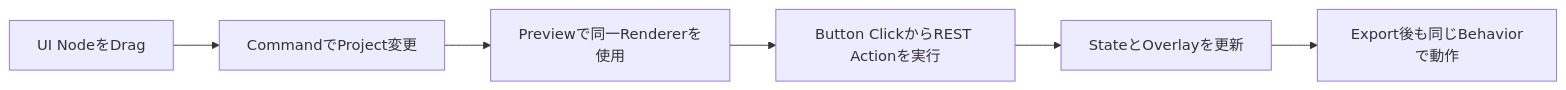
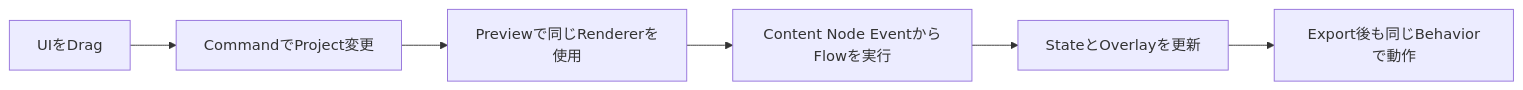
One commit to northwest-hcu/FlagShip changed the fourth of 6 diagrams in docs/architecture/10-examples-roadmap-and-decisions.md. Above: the diagram before and after it, drawn with Mermaid. The commit also changed other lines of this file and 11 other files, not shown here.

Commit message:
docs: align architecture with component ownership model

````diff
--- a/docs/architecture/10-examples-roadmap-and-decisions.md
+++ b/docs/architecture/10-examples-roadmap-and-decisions.md
@@ -144,8 +148,8 @@
 ```mermaid
 flowchart LR
-    Drag["UI NodeをDrag"] --> Command["CommandでProject変更"]
-    Command --> Preview["Previewで同一Rendererを使用"]
-    Preview --> Action["Button ClickからREST Actionを実行"]
+    Drag["UIをDrag"] --> Command["CommandでProject変更"]
+    Command --> Preview["Previewで同じRendererを使用"]
+    Preview --> Action["Content Node EventからFlowを実行"]
     Action --> Update["StateとOverlayを更新"]
     Update --> Export["Export後も同じBehaviorで動作"]
 ```
````
